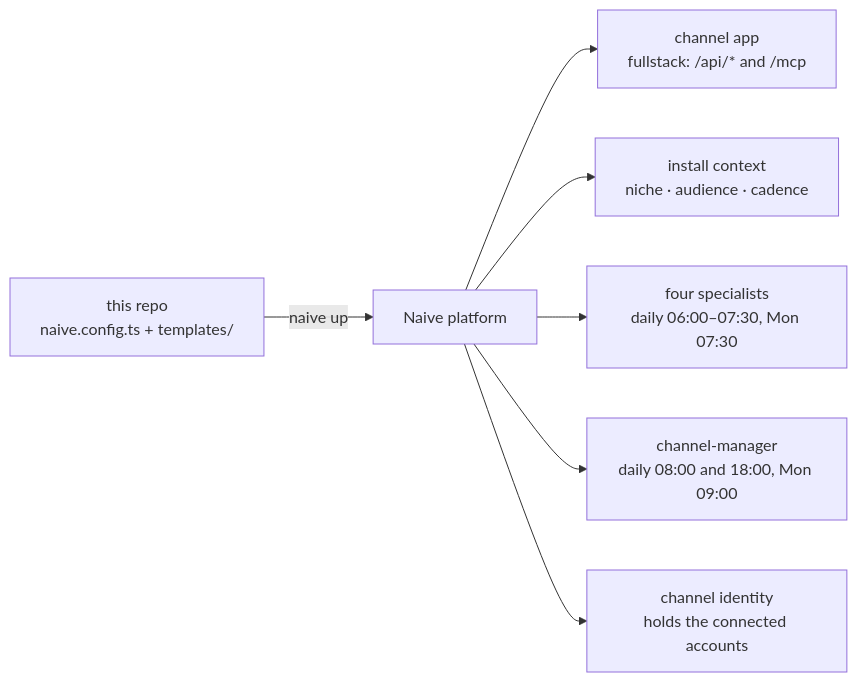
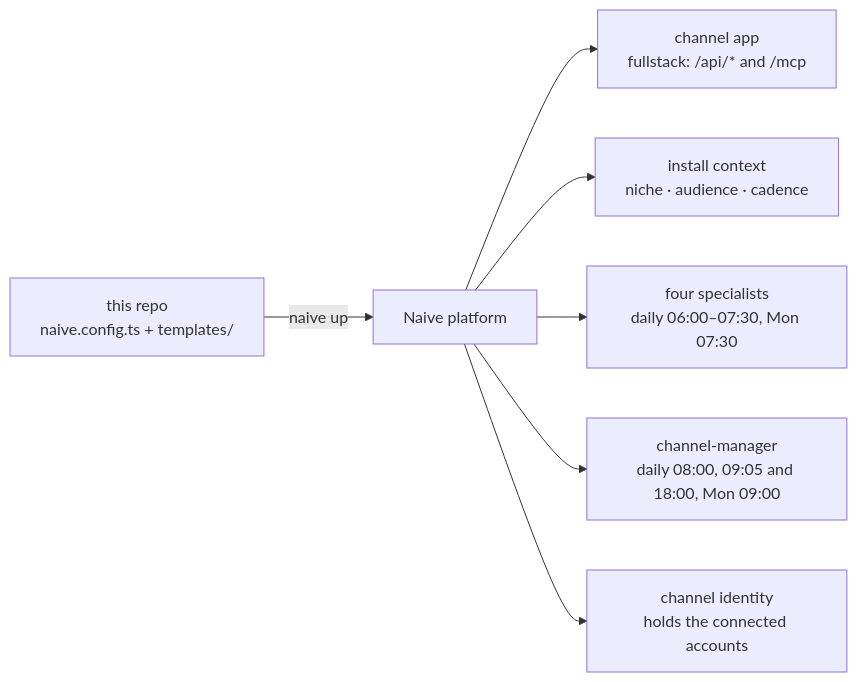
Before and after one commit to usenaive/media-blueprint: the diagram in README.md, drawn with Mermaid. The commit also changed other lines of this file and 3 other files, not shown here.

First line of the commit message:
Channel manager records post metrics daily at 09:05

````diff
--- a/README.md
+++ b/README.md
@@ -45,10 +45,10 @@
 ```mermaid
 flowchart LR
   repo["this repo<br/>naive.config.ts + templates/"]
   repo -->|naive up| plat["Naive platform"]
   plat --> app["channel app<br/>fullstack: /api/* and /mcp"]
   plat --> ctx["install context<br/>niche · audience · cadence"]
   plat --> spec["four specialists<br/>daily 06:00–07:30, Mon 07:30"]
-  plat --> mgr["channel-manager<br/>daily 08:00 and 18:00, Mon 09:00"]
+  plat --> mgr["channel-manager<br/>daily 08:00, 09:05 and 18:00, Mon 09:00"]
   plat --> idn["channel identity<br/>holds the connected accounts"]
 ```
````
